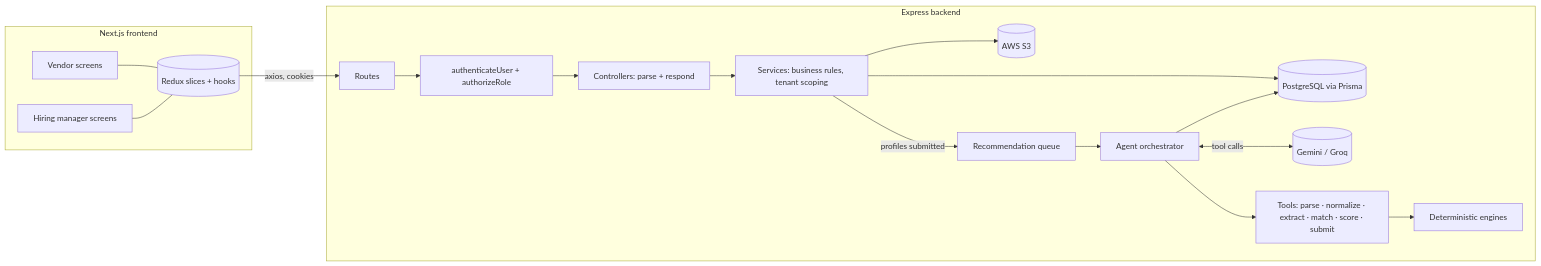
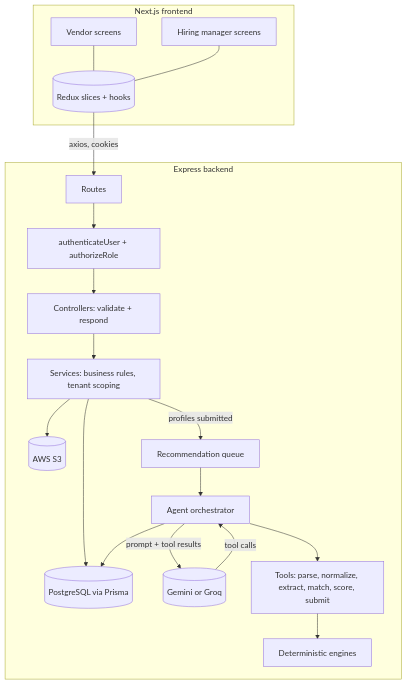
Before and after one commit to jeswintobias/HireLens: the diagram in README.md, drawn with Mermaid. The commit also changed other lines of this file, not shown here.

Commit message:
docs: make architecture diagram readable with a text fallback

````diff
--- a/README.md
+++ b/README.md
@@ -83,22 +83,24 @@
 ```mermaid
-flowchart LR
-  subgraph FE[Next.js frontend]
-    V[Vendor screens] --- R[(Redux slices + hooks)]
-    H[Hiring manager screens] --- R
+flowchart TB
+  subgraph FE["Next.js frontend"]
+    V["Vendor screens"] --- R[("Redux slices + hooks")]
+    H["Hiring manager screens"] --- R
   end
-  R -->|axios, cookies| API
 
-  subgraph BE[Express backend]
-    API[Routes] --> MW[authenticateUser + authorizeRole]
-    MW --> C[Controllers: parse + respond]
-    C --> S[Services: business rules, tenant scoping]
-    S --> DB[(PostgreSQL via Prisma)]
-    S --> S3[(AWS S3)]
-    S -- profiles submitted --> Q[Recommendation queue]
-    Q --> AG[Agent orchestrator]
-    AG <-->|tool calls| LLM[(Gemini / Groq)]
-    AG --> T[Tools: parse · normalize · extract · match · score · submit]
-    T --> EN[Deterministic engines]
+  subgraph BE["Express backend"]
+    API["Routes"] --> MW["authenticateUser + authorizeRole"]
+    MW --> C["Controllers: validate + respond"]
+    C --> S["Services: business rules, tenant scoping"]
+    S --> DB[("PostgreSQL via Prisma")]
+    S --> S3[("AWS S3")]
+    S -->|"profiles submitted"| Q["Recommendation queue"]
+    Q --> AG["Agent orchestrator"]
+    AG -->|"prompt + tool results"| LLM[("Gemini or Groq")]
+    LLM -->|"tool calls"| AG
+    AG --> T["Tools: parse, normalize, extract, match, score, submit"]
+    T --> EN["Deterministic engines"]
     AG --> DB
   end
+
+  R -->|"axios, cookies"| API
 ```
````
